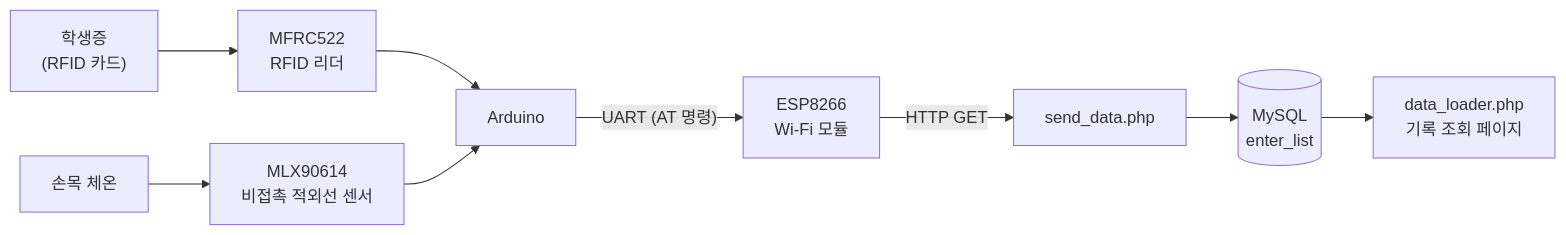
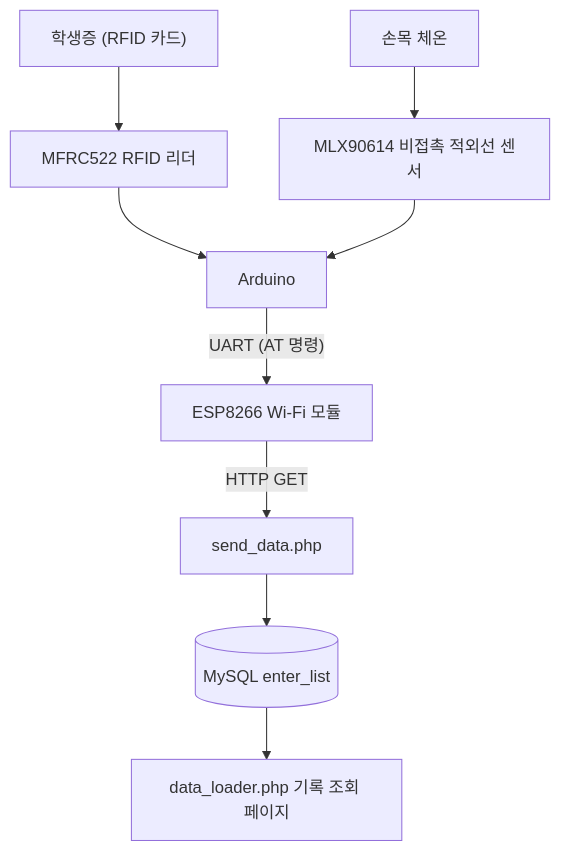
Before and after one commit to GGo-ri/rfid-temp-attendance-system: the diagram in README.md, drawn with Mermaid. The commit also changed other lines of this file, not shown here.

Commit message:
Fix table header and make architecture diagram vertical

````diff
--- a/README.md
+++ b/README.md
@@ -33,11 +33,11 @@
 ```mermaid
-flowchart LR
-    card["학생증<br/>(RFID 카드)"] --> rfid["MFRC522<br/>RFID 리더"]
-    body["손목 체온"] --> ir["MLX90614<br/>비접촉 적외선 센서"]
+flowchart TD
+    card["학생증 (RFID 카드)"] --> rfid["MFRC522 RFID 리더"]
+    body["손목 체온"] --> ir["MLX90614 비접촉 적외선 센서"]
     rfid --> uno["Arduino"]
     ir --> uno
-    uno -->|"UART (AT 명령)"| esp["ESP8266<br/>Wi-Fi 모듈"]
+    uno -->|"UART (AT 명령)"| esp["ESP8266 Wi-Fi 모듈"]
     esp -->|"HTTP GET"| api["send_data.php"]
-    api --> db[("MySQL<br/>enter_list")]
-    db --> page["data_loader.php<br/>기록 조회 페이지"]
+    api --> db[("MySQL enter_list")]
+    db --> page["data_loader.php 기록 조회 페이지"]
 ```
````
